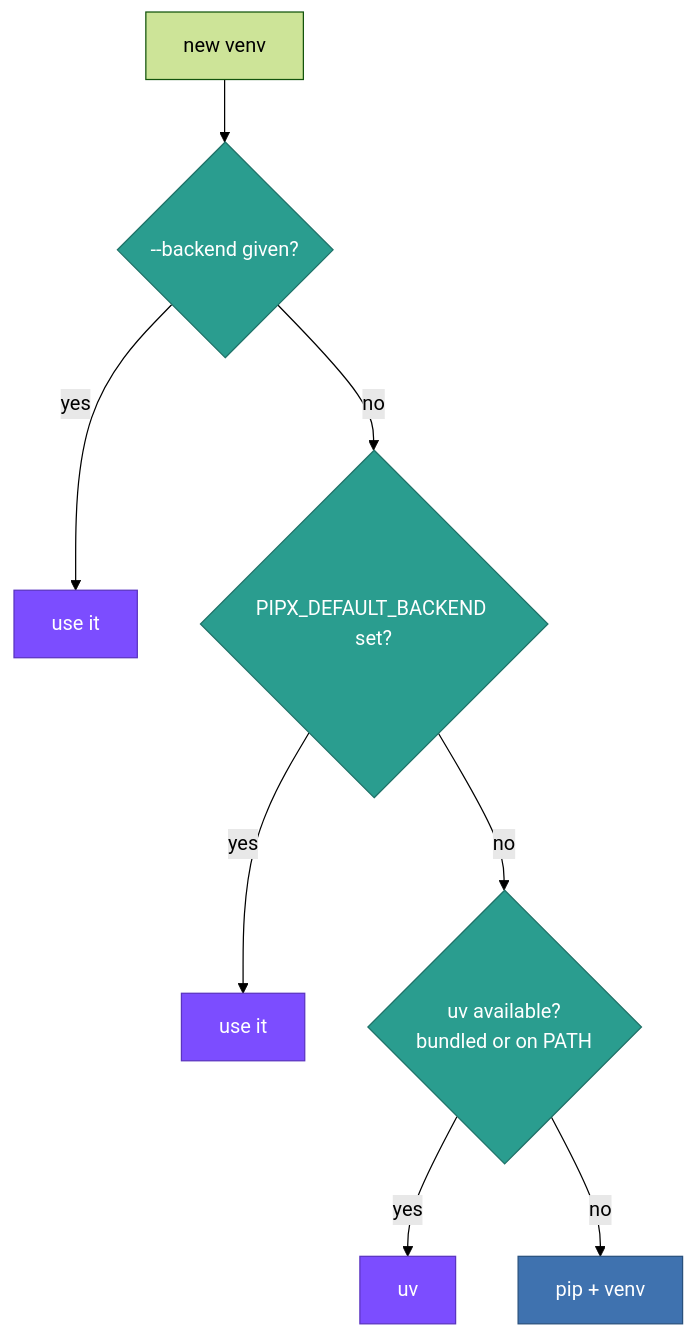
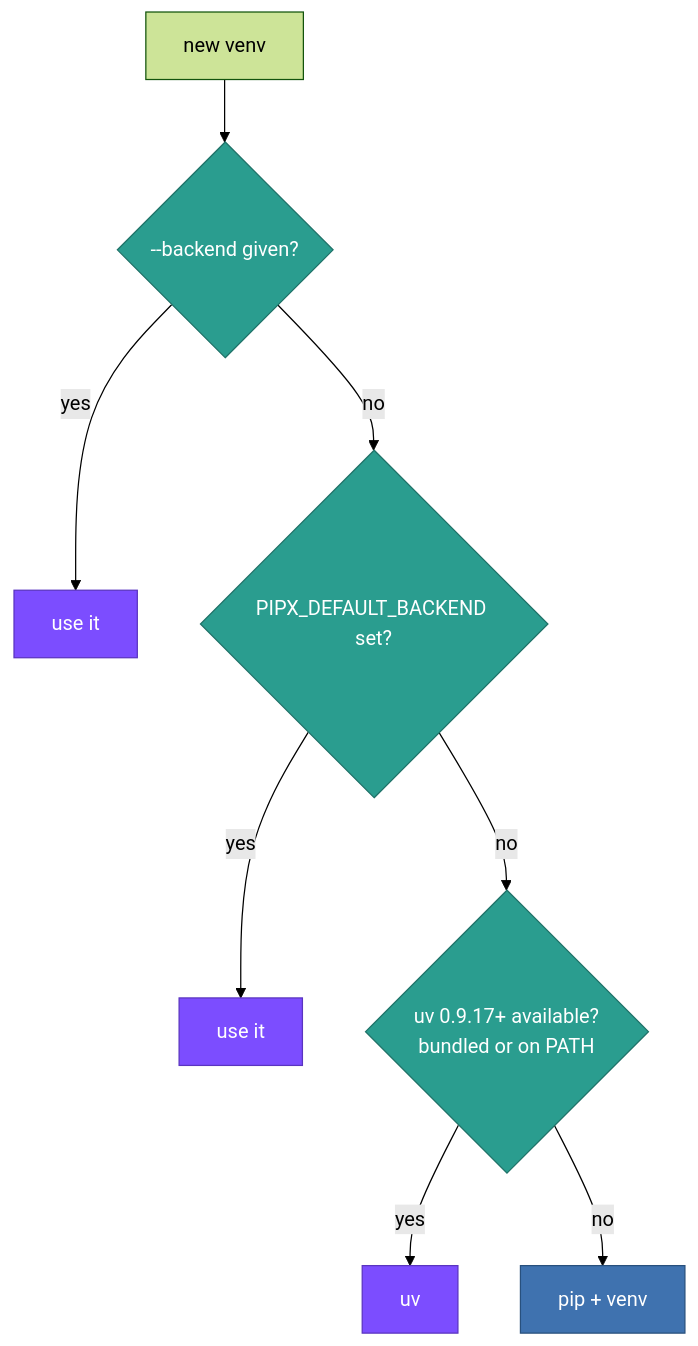
Before and after one commit to pypa/pipx: the diagram in docs/how-to/use-uv-backend.rst, drawn with Mermaid (forest theme). The commit also changed other lines of this file and 6 other files, not shown here.

```diff
--- a/docs/how-to/use-uv-backend.rst
+++ b/docs/how-to/use-uv-backend.rst
@@ -28,17 +29,17 @@
 .. mermaid::
 
     flowchart TD
         START["new venv"] --> CLI{"--backend given?"}
         CLI -->|yes| USECLI["use it"]
         CLI -->|no| ENV{"PIPX_DEFAULT_BACKEND set?"}
         ENV -->|yes| USEENV["use it"]
-        ENV -->|no| UV{"uv available?<br/>bundled or on PATH"}
+        ENV -->|no| UV{"uv 0.9.17+ available?<br/>bundled or on PATH"}
         UV -->|yes| USEUV["uv"]
         UV -->|no| PIP["pip + venv"]
 
         classDef decision fill:#2a9d8f,stroke:#1f7268,color:#fff;
         classDef uv fill:#7c4dff,stroke:#5a34c0,color:#fff;
         classDef pip fill:#3f72af,stroke:#28507d,color:#fff;
         class CLI,ENV,UV decision;
         class USECLI,USEENV,USEUV uv;
         class PIP pip;
```
